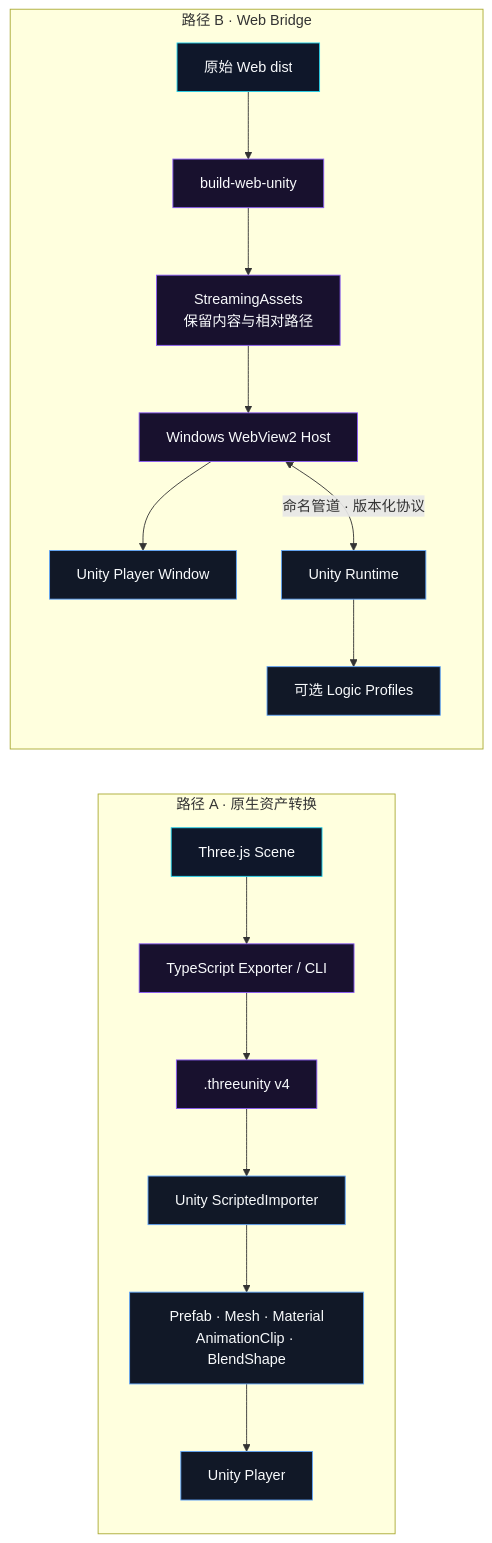
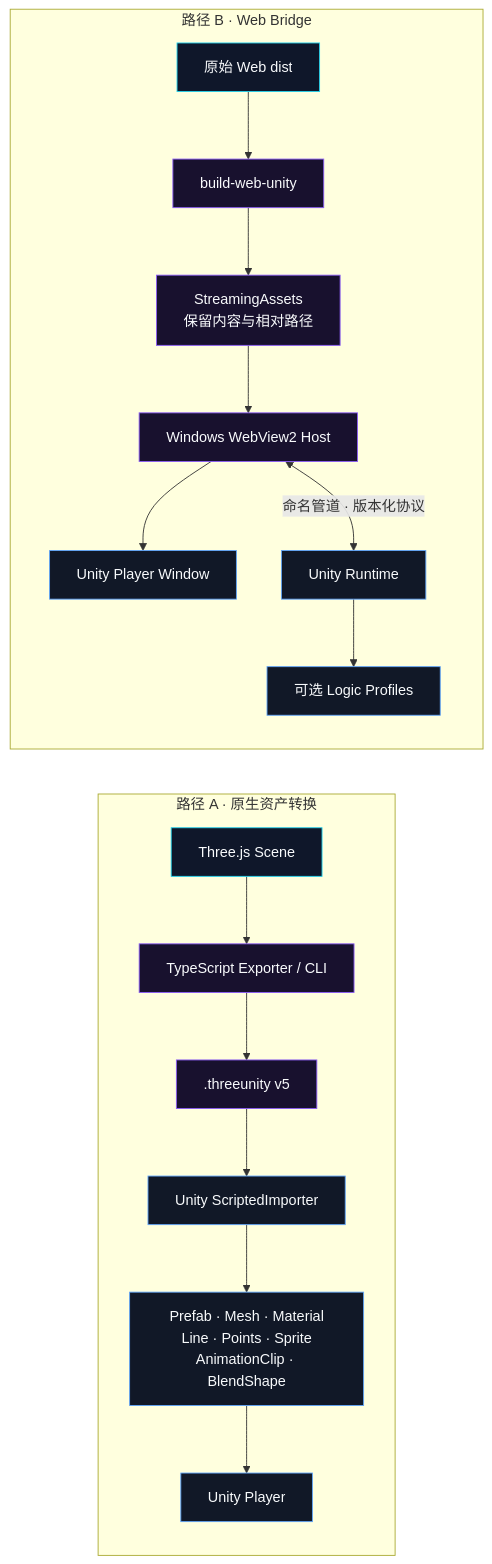
Before and after one commit to mohui666/three-unity-bridge: the diagram in README.md, drawn with Mermaid. The commit also changed other lines of this file and 18 other files, not shown here.

Commit message:
feat: add line points and sprite bridge

````diff
--- a/README.md
+++ b/README.md
@@ -57,26 +57,26 @@
 ```mermaid
 flowchart LR
   subgraph Asset["路径 A · 原生资产转换"]
     Scene["Three.js Scene"] --> Exporter["TypeScript Exporter / CLI"]
-    Exporter --> Document[".threeunity v4"]
+    Exporter --> Document[".threeunity v5"]
     Document --> Importer["Unity ScriptedImporter"]
-    Importer --> Assets["Prefab · Mesh · Material<br/>AnimationClip · BlendShape"]
+    Importer --> Assets["Prefab · Mesh · Material<br/>Line · Points · Sprite<br/>AnimationClip · BlendShape"]
     Assets --> NativePlayer["Unity Player"]
   end
 
   subgraph Web["路径 B · Web Bridge"]
     Dist["原始 Web dist"] --> Pack["build-web-unity"]
     Pack --> Streaming["StreamingAssets<br/>保留内容与相对路径"]
     Streaming --> Host["Windows WebView2 Host"]
     Host --> WebPlayer["Unity Player Window"]
     Host <-->|"命名管道 · 版本化协议"| Runtime["Unity Runtime"]
     Runtime --> Profiles["可选 Logic Profiles"]
   end
 
   classDef source fill:#0f172a,stroke:#22d3ee,color:#f8fafc;
   classDef bridge fill:#18112e,stroke:#8b5cf6,color:#f8fafc;
   classDef unity fill:#111827,stroke:#60a5fa,color:#f8fafc;
   class Scene,Dist source;
   class Exporter,Document,Pack,Streaming,Host bridge;
   class Importer,Assets,NativePlayer,WebPlayer,Runtime,Profiles unity;
 ```
````
